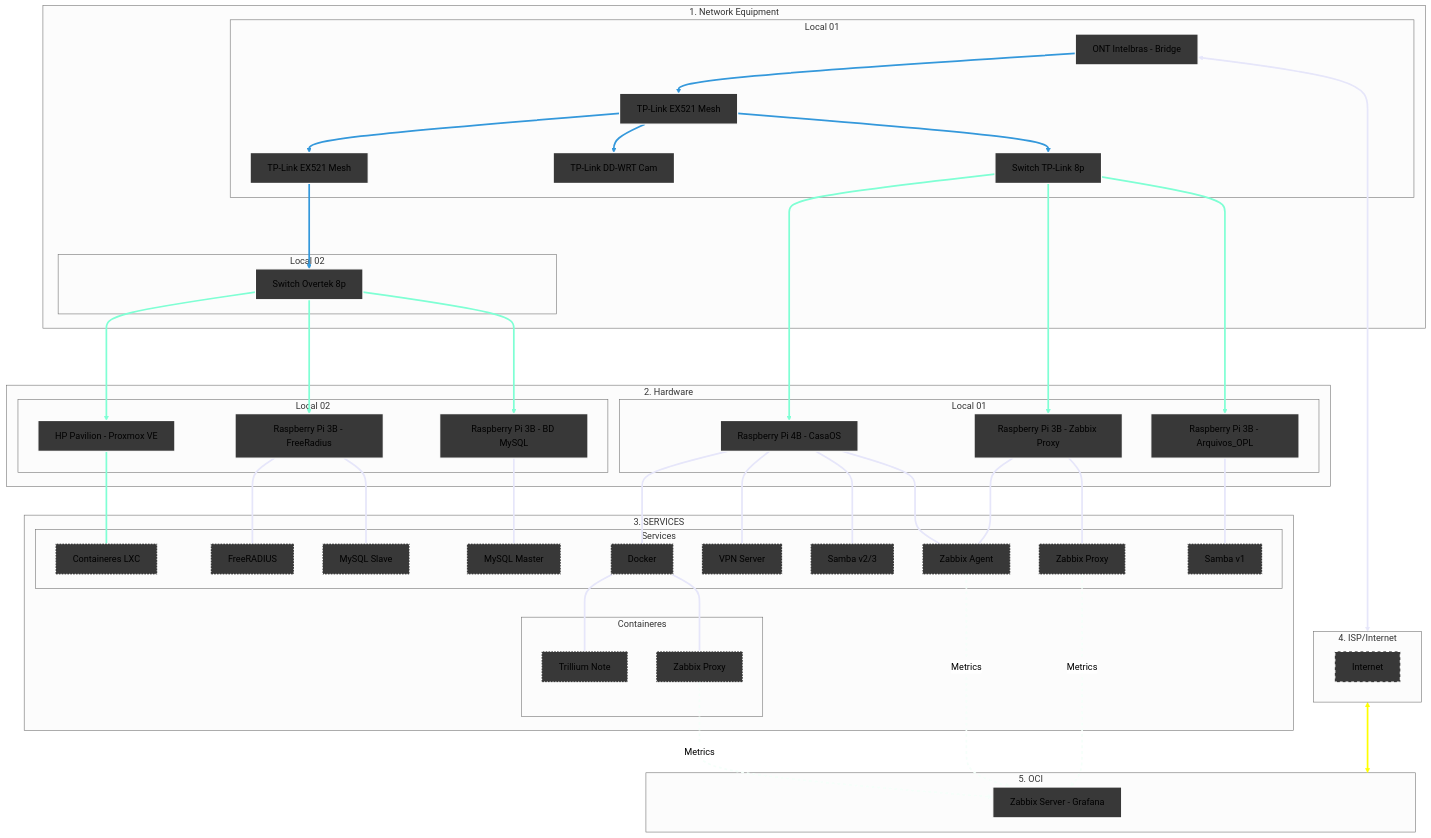
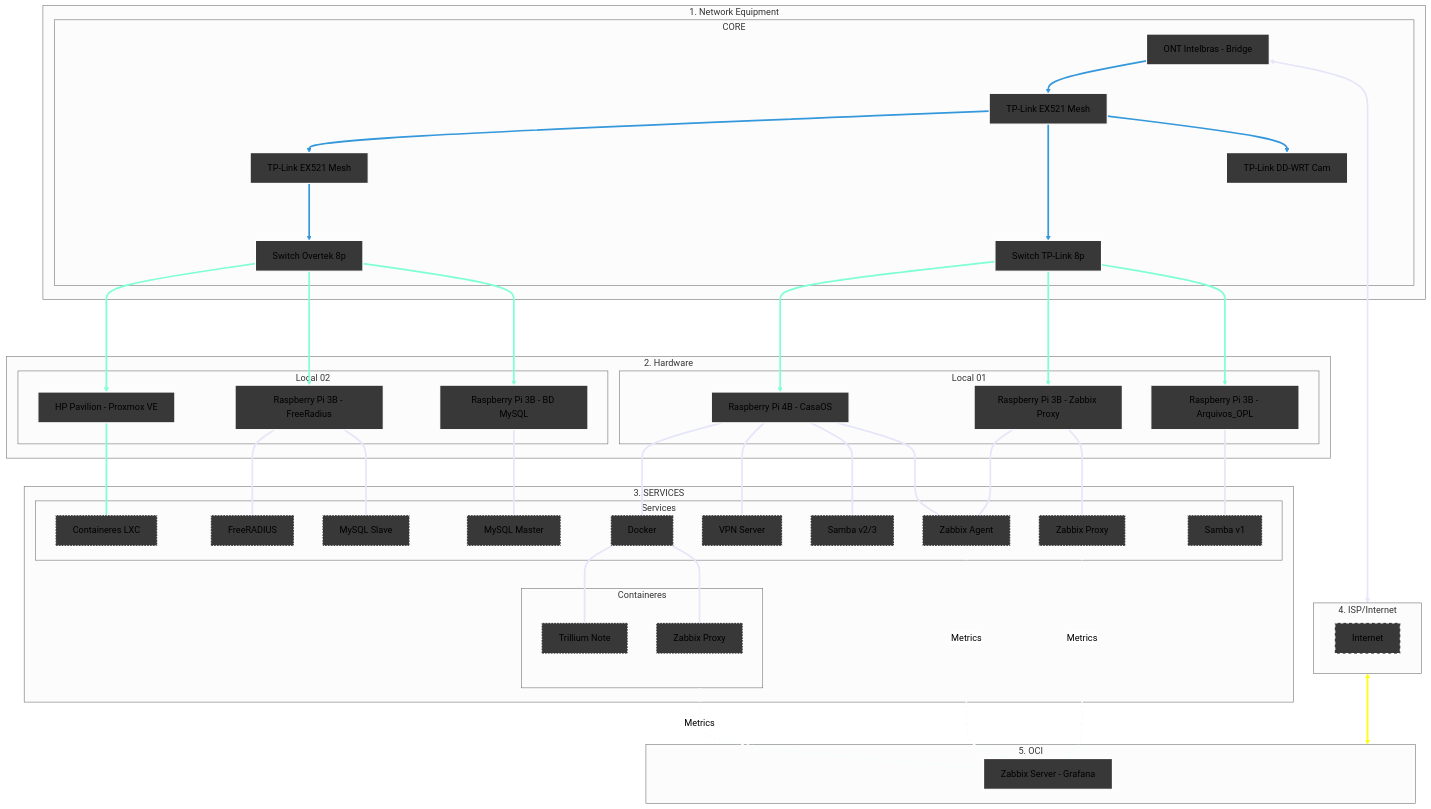
Before and after one commit to kevindexter22/Dr-Hardware-Autonet: the diagram in Infrastructure/README.md, drawn with Mermaid (neutral theme).

Commit message:
Update network equipment diagram in README

```diff
--- a/Infrastructure/README.md
+++ b/Infrastructure/README.md
@@ -21,13 +21,11 @@
 
     %% 1. NETWORK EQUIPMENT
     subgraph Principal["1. Network Equipment"]
-    subgraph S1 [Local 01]
+    subgraph S1 [CORE]
         ONT[ONT Intelbras - Bridge]:::network --> R_Mesh1[TP-Link EX521 Mesh]:::network
         R_Mesh1 --> R_Mesh2[TP-Link EX521 Mesh]:::network
+        R_Mesh1 --> SW1[Switch TP-Link 8p]:::network
         R_Mesh1 --> R_Cams[TP-Link DD-WRT Cam]:::network
-        R_Mesh1 --> SW1[Switch TP-Link 8p]:::network
-    end
-    subgraph S2 [Local 02]
         R_Mesh2 ---> SW2[Switch Overtek 8p]:::network  
     end
     end
```
